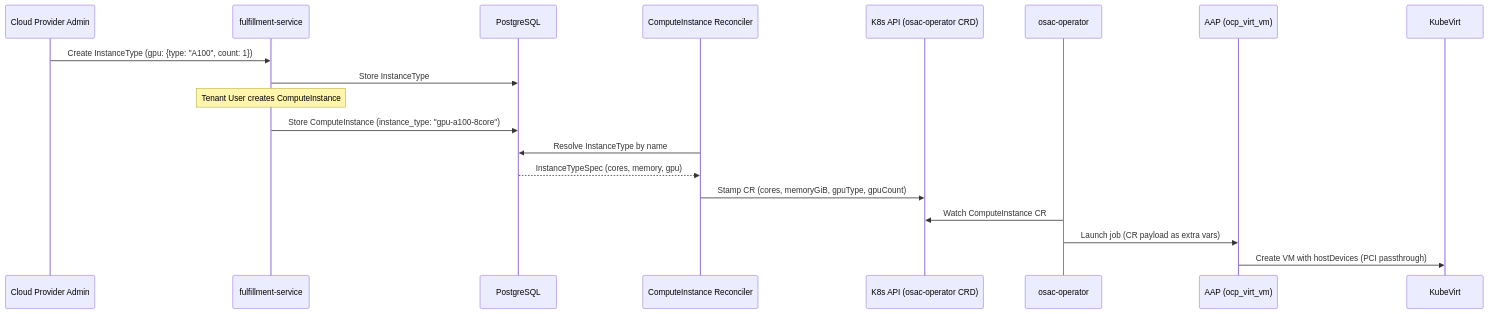
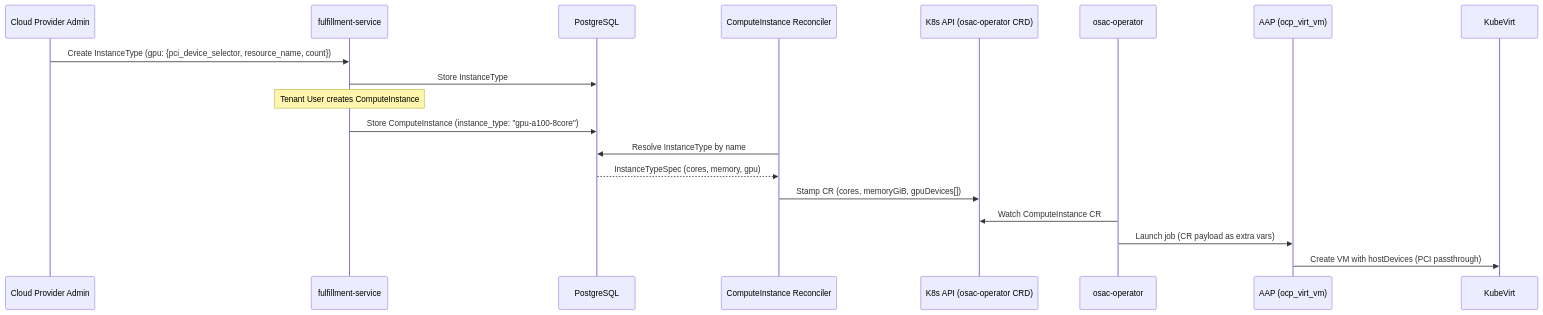
The diagram in enhancements/OSAC-2917-gpu-instance-types/design.md (osac-project/enhancement-proposals), drawn with Mermaid before and after one commit. The commit also changed other lines of this file, not shown here.

First line of the commit message:
OSAC-2917: revise GpuSpec per review feedback

````diff
--- a/enhancements/OSAC-2917-gpu-instance-types/design.md
+++ b/enhancements/OSAC-2917-gpu-instance-types/design.md
@@ -129,25 +134,25 @@
 ```mermaid
 sequenceDiagram
     participant CPA as Cloud Provider Admin
     participant API as fulfillment-service
     participant DB as PostgreSQL
     participant Reconciler as ComputeInstance Reconciler
     participant K8s as K8s API (osac-operator CRD)
     participant Operator as osac-operator
     participant AAP as AAP (ocp_virt_vm)
     participant KV as KubeVirt
 
-    CPA->>API: Create InstanceType (gpu: {type: "A100", count: 1})
+    CPA->>API: Create InstanceType (gpu: {pci_device_selector, resource_name, count})
     API->>DB: Store InstanceType
 
     Note over API: Tenant User creates ComputeInstance
     API->>DB: Store ComputeInstance (instance_type: "gpu-a100-8core")
 
     Reconciler->>DB: Resolve InstanceType by name
     DB-->>Reconciler: InstanceTypeSpec (cores, memory, gpu)
-    Reconciler->>K8s: Stamp CR (cores, memoryGiB, gpuType, gpuCount)
+    Reconciler->>K8s: Stamp CR (cores, memoryGiB, gpuDevices[])
 
     Operator->>K8s: Watch ComputeInstance CR
     Operator->>AAP: Launch job (CR payload as extra vars)
     AAP->>KV: Create VM with hostDevices (PCI passthrough)
 ```
````
